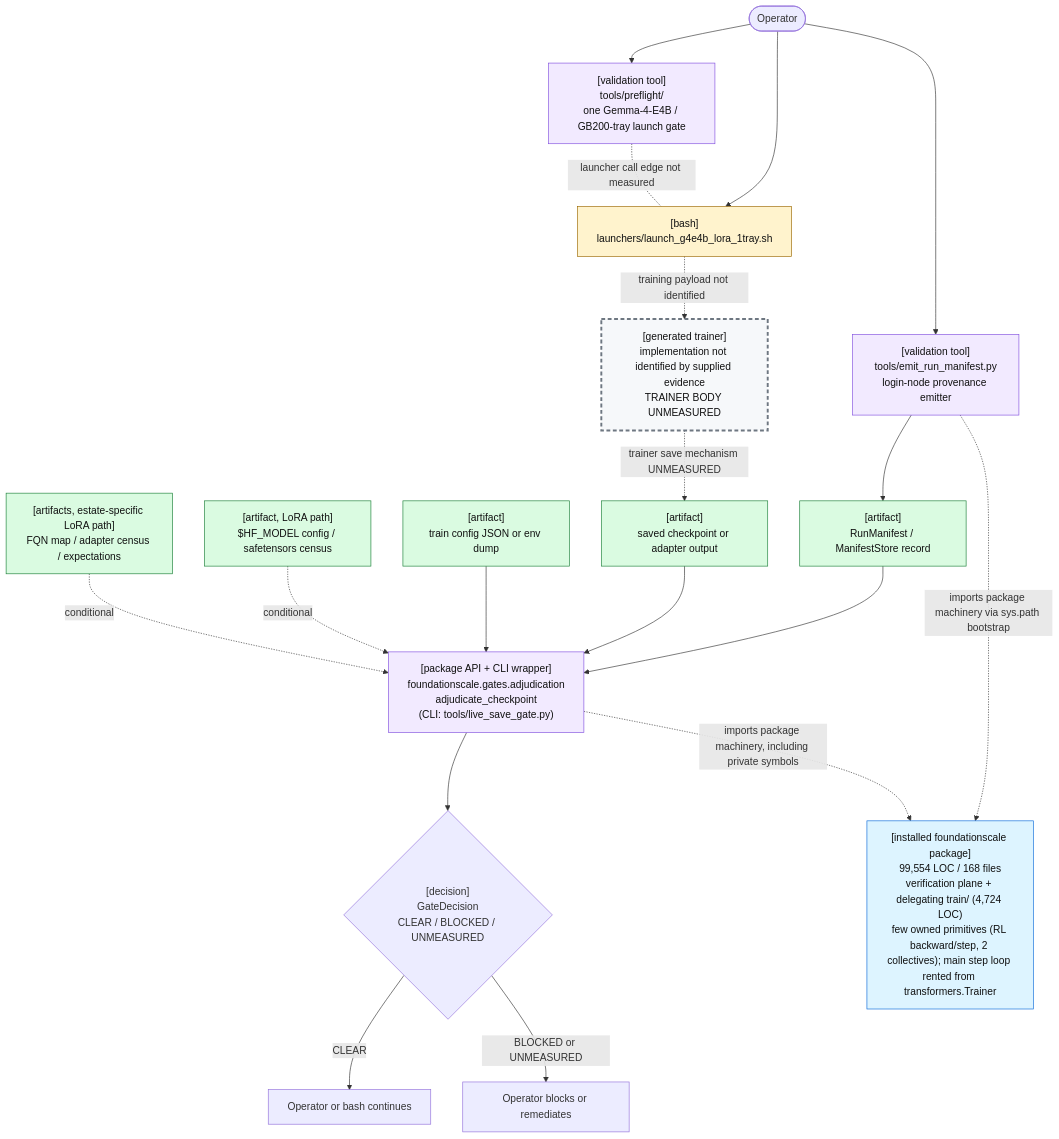
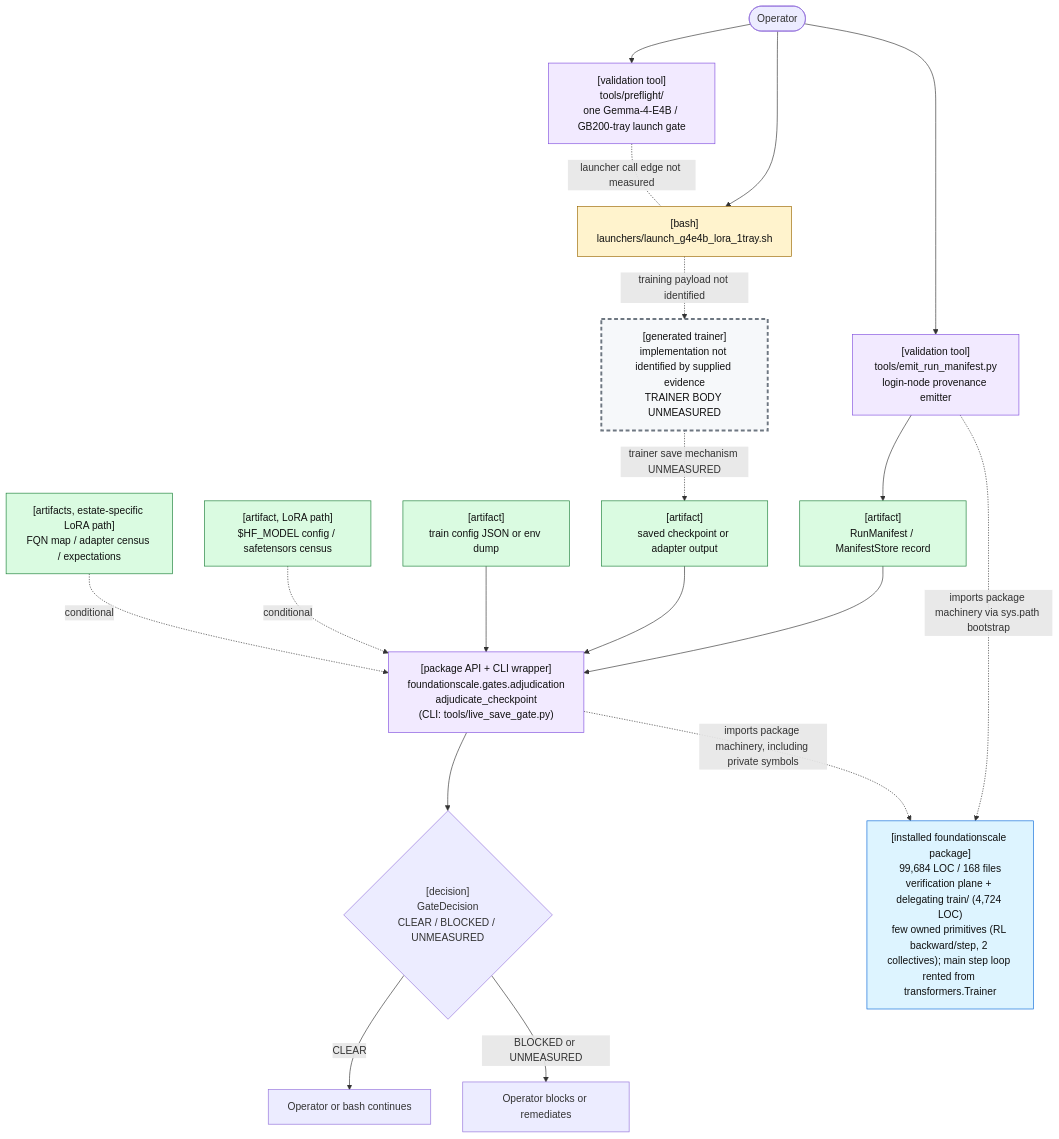
Before and after one commit to TranNhiem/FoundationScale: the first of 2 diagrams in docs/review/D2_current_architecture.md, drawn with Mermaid. The commit also changed other lines of this file and 10 other files, not shown here.

````diff
--- a/docs/review/D2_current_architecture.md
+++ b/docs/review/D2_current_architecture.md
@@ -25,59 +25,59 @@
 ```mermaid
 flowchart TB
   O(["Operator"])
 
   PF["[validation tool]<br/>tools/preflight/<br/>one Gemma-4-E4B / GB200-tray launch gate"]
   L["[bash]<br/>launchers/launch_g4e4b_lora_1tray.sh"]
 
   E["[validation tool]<br/>tools/emit_run_manifest.py<br/>login-node provenance emitter"]
   M["[artifact]<br/>RunManifest / ManifestStore record"]
 
   T["[generated trainer]<br/>implementation not identified by supplied evidence<br/>TRAINER BODY UNMEASURED"]
   C["[artifact]<br/>saved checkpoint or adapter output"]
 
   G["[package API + CLI wrapper]<br/>foundationscale.gates.adjudication<br/>adjudicate_checkpoint<br/>(CLI: tools/live_save_gate.py)"]
   CFG["[artifact]<br/>train config JSON or env dump"]
   BASE["[artifact, LoRA path]<br/>$HF_MODEL config / safetensors census"]
   CEN["[artifacts, estate-specific LoRA path]<br/>FQN map / adapter census / expectations"]
 
   D{"[decision]<br/>GateDecision<br/>CLEAR / BLOCKED / UNMEASURED"}
   OK["Operator or bash continues"]
   NO["Operator blocks or remediates"]
 
-  PKG["[installed foundationscale package]<br/>99,554 LOC / 168 files<br/>verification plane + delegating train/ (4,724 LOC)<br/>few owned primitives (RL backward/step, 2 collectives); main step loop rented from transformers.Trainer"]
+  PKG["[installed foundationscale package]<br/>99,684 LOC / 168 files<br/>verification plane + delegating train/ (4,724 LOC)<br/>few owned primitives (RL backward/step, 2 collectives); main step loop rented from transformers.Trainer"]
 
   O --> PF
   O --> L
   PF -. "launcher call edge not measured" .- L
 
   O --> E
   E --> M
 
   L -. "training payload not identified" .-> T
   T -. "trainer save mechanism UNMEASURED" .-> C
 
   M --> G
   C --> G
   CFG --> G
   BASE -. "conditional" .-> G
   CEN -. "conditional" .-> G
 
   E -. "imports package machinery via sys.path bootstrap" .-> PKG
   G -. "imports package machinery, including private symbols" .-> PKG
 
   G --> D
   D -->|"CLEAR"| OK
   D -->|"BLOCKED or UNMEASURED"| NO
 
   classDef bash fill:#fff3cd,stroke:#9a6700,color:#111;
   classDef tool fill:#f2eaff,stroke:#8250df,color:#111;
   classDef artifact fill:#dafbe1,stroke:#1a7f37,color:#111;
   classDef gap fill:#f6f8fa,stroke:#6e7781,stroke-width:3px,stroke-dasharray: 6 4,color:#111;
   classDef pkg fill:#ddf4ff,stroke:#0969da,color:#111;
 
   class L bash;
   class PF,E,G tool;
   class M,C,CFG,BASE,CEN artifact;
   class T gap;
   class PKG pkg;
 ```
````
